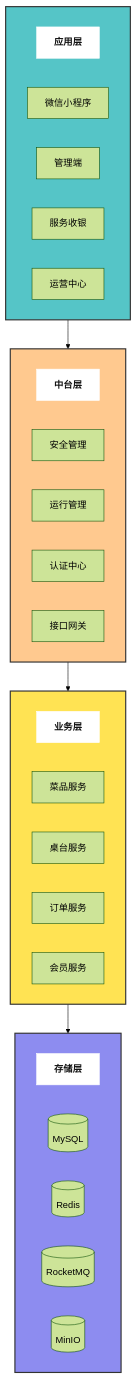
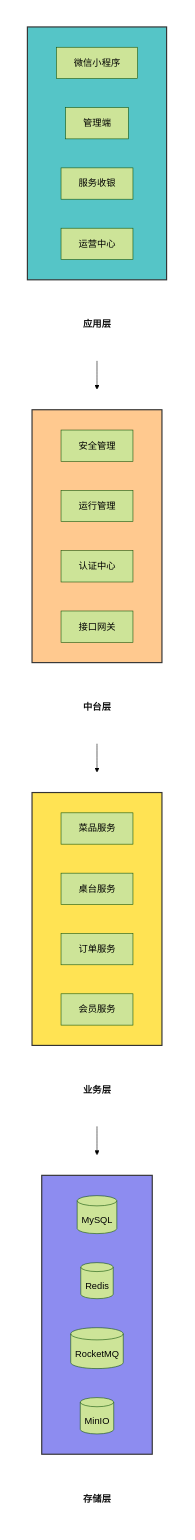
Before and after one commit to meisijiya/DIANCAN-SYSTEM: the second of 3 diagrams in readme.md, drawn with Mermaid (forest theme). The commit also changed other lines of this file, not shown here.

Commit message:
修改架构图

````diff
--- a/readme.md
+++ b/readme.md
@@ -295,51 +311,67 @@
 ```mermaid
 flowchart TB
-    subgraph R1[ ]
+    subgraph Row1[ ]
         direction LR
         L1[应用层]
-        MINI[微信小程序]
-        ADMIN[管理端]
-        CASHIER[服务收银]
-        MANAGE[运营中心]
+        subgraph Layer1[ ]
+            direction LR
+            MINI[微信小程序]
+            ADMIN[管理端]
+            CASHIER[服务收银]
+            MANAGE[运营中心]
+        end
     end
 
-    subgraph R2[ ]
+    subgraph Row2[ ]
         direction LR
         L2[中台层]
-        SAFE[安全管理]
-        RUNTIME[运行管理]
-        S1[认证中心]
-        S2[接口网关]
+        subgraph Layer2[ ]
+            direction LR
+            SAFE[安全管理]
+            RUNTIME[运行管理]
+            S1[认证中心]
+            S2[接口网关]
+        end
     end
 
-    subgraph R3[ ]
+    subgraph Row3[ ]
         direction LR
         L3[业务层]
-        B1[菜品服务]
-        B2[桌台服务]
-        B3[订单服务]
-        B4[会员服务]
+        subgraph Layer3[ ]
+            direction LR
+            B1[菜品服务]
+            B2[桌台服务]
+            B3[订单服务]
+            B4[会员服务]
+        end
     end
 
-    subgraph R4[ ]
+    subgraph Row4[ ]
         direction LR
         L4[存储层]
-        DB[(MySQL)]
-        CACHE[(Redis)]
-        ROCKET[(RocketMQ)]
-        OSS[(MinIO)]
+        subgraph Layer4[ ]
+            direction LR
+            DB[(MySQL)]
+            CACHE[(Redis)]
+            ROCKET[(RocketMQ)]
+            OSS[(MinIO)]
+        end
     end
 
-    R1 --> R2
-    R2 --> R3
-    R3 --> R4
+    Row1 --> Row2
+    Row2 --> Row3
+    Row3 --> Row4
 
-    style R1 fill:#55c5c7,stroke:#333,stroke-width:2px,color:#111
-    style R2 fill:#ffc98f,stroke:#333,stroke-width:2px,color:#111
-    style R3 fill:#ffe353,stroke:#333,stroke-width:2px,color:#111
-    style R4 fill:#8d8cf0,stroke:#333,stroke-width:2px,color:#111
+    style Row1 fill:#ffffff,stroke:#ffffff,color:#111
+    style Row2 fill:#ffffff,stroke:#ffffff,color:#111
+    style Row3 fill:#ffffff,stroke:#ffffff,color:#111
+    style Row4 fill:#ffffff,stroke:#ffffff,color:#111
+    style Layer1 fill:#55c5c7,stroke:#333,stroke-width:2px,color:#111
+    style Layer2 fill:#ffc98f,stroke:#333,stroke-width:2px,color:#111
+    style Layer3 fill:#ffe353,stroke:#333,stroke-width:2px,color:#111
+    style Layer4 fill:#8d8cf0,stroke:#333,stroke-width:2px,color:#111
     style L1 fill:#ffffff,stroke:#ffffff,color:#111,font-weight:bold
     style L2 fill:#ffffff,stroke:#ffffff,color:#111,font-weight:bold
     style L3 fill:#ffffff,stroke:#ffffff,color:#111,font-weight:bold
     style L4 fill:#ffffff,stroke:#ffffff,color:#111,font-weight:bold
 ```
````
